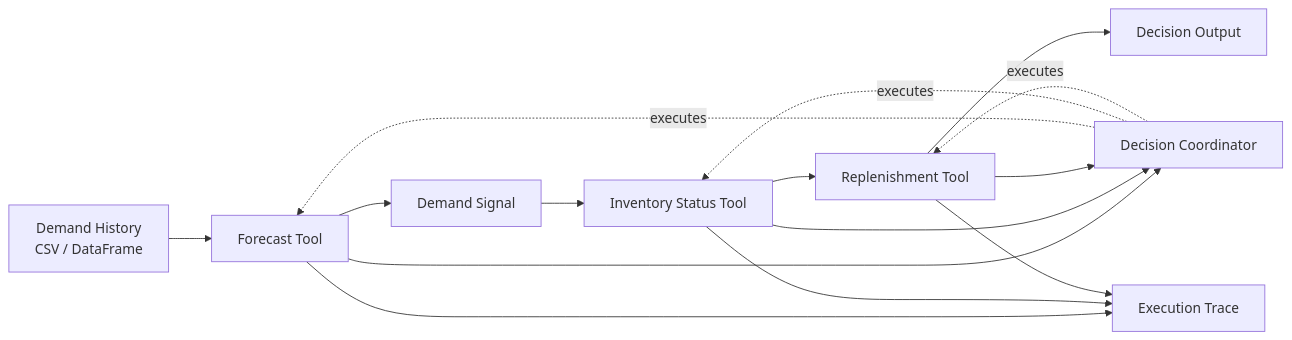
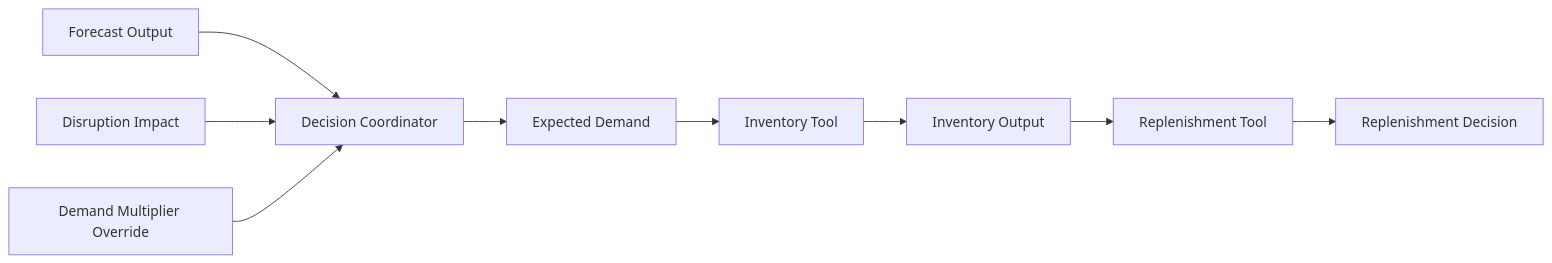
Before and after one commit to Vafamehr/deterministic-llm-system: the second of 7 diagrams in projects/supply_chain_ai_lab/docs/architecture/01_decision_pipeline.md, drawn with Mermaid. The commit also changed other lines of this file and 10 other files, not shown here.

````diff
--- a/projects/supply_chain_ai_lab/docs/architecture/01_decision_pipeline.md
+++ b/projects/supply_chain_ai_lab/docs/architecture/01_decision_pipeline.md
@@ -27,25 +35,12 @@
 ```mermaid
 flowchart LR
-    A[Demand History<br/>CSV / DataFrame]
-    B[Forecast Tool]
-    C[Demand Signal]
-    D[Inventory Status Tool]
-    E[Replenishment Tool]
-    F[Decision Coordinator]
-    G[Execution Trace]
-    H[Decision Output]
+    A[Forecast Output] --> B[Decision Coordinator]
+    D[Disruption Impact] --> B
+    E[Demand Multiplier Override] --> B
 
-    A --> B --> C --> D --> E --> H
-
-    F -. executes .-> B
-    F -. executes .-> D
-    F -. executes .-> E
-
-    B --> F
-    D --> F
-    E --> F
-
-    B --> G
-    D --> G
-    E --> G
-```
+    B --> C[Expected Demand]
+    C --> F[Inventory Tool]
+    F --> G[Inventory Output]
+    G --> H[Replenishment Tool]
+    H --> I[Replenishment Decision]
+``` 
````
